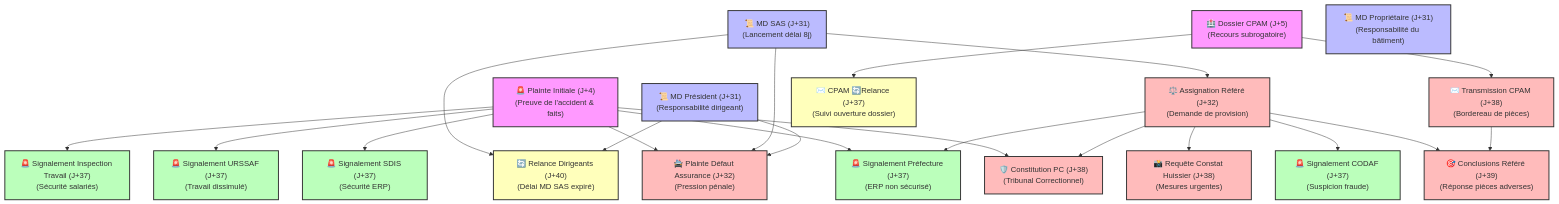
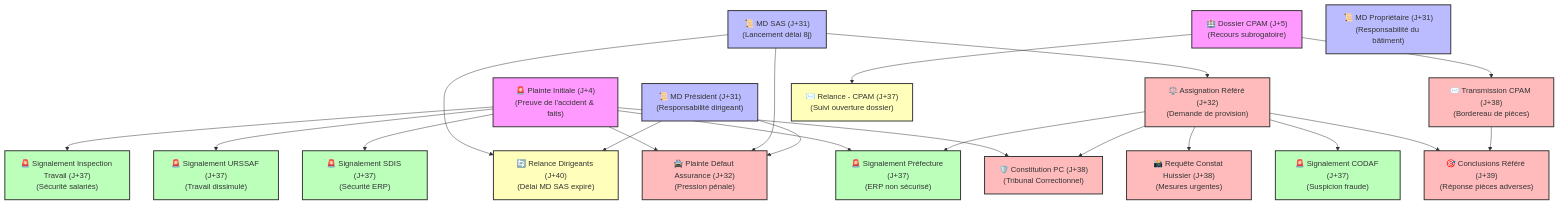
Before and after one commit to criloOcom/accident-main: the diagram in 🧠 Memory/DEPENDANCES.md, drawn with Mermaid. The commit also changed other lines of this file and 713 other files, not shown here.

````diff
--- a/🧠 Memory/DEPENDANCES.md
+++ b/🧠 Memory/DEPENDANCES.md
@@ -17,71 +17,71 @@
 ```mermaid
 graph TD
     %% Couleurs et styles
     classDef init fill:#f9f,stroke:#333,stroke-width:2px;
     classDef md fill:#bbf,stroke:#333,stroke-width:2px;
     classDef contentieux fill:#fbb,stroke:#333,stroke-width:2px;
     classDef signalement fill:#bfb,stroke:#333,stroke-width:2px;
     classDef relance fill:#ffb,stroke:#333,stroke-width:2px;
 
     %% Nœuds initiaux (Sources de preuves de base)
     P1["🚨 Plainte Initiale (J+4)<br>(Preuve de l'accident & faits)"]:::init
     CPAM["🏥 Dossier CPAM (J+5)<br>(Recours subrogatoire)"]:::init
 
     %% Phase J+31 (Mises en demeure pré-contentieuses)
     MD_SAS["📜 MD SAS (J+31)<br>(Lancement délai 8j)"]:::md
     MD_PRES["📜 MD Président (J+31)<br>(Responsabilité dirigeant)"]:::md
     MD_PROP["📜 MD Propriétaire (J+31)<br>(Responsabilité du bâtiment)"]:::md
 
     %% Phase J+32 (Contentieux et Plaintes RC)
     ASS_REF["⚖️ Assignation Référé (J+32)<br>(Demande de provision)"]:::contentieux
     PL_DEF["🚔 Plainte Défaut Assurance (J+32)<br>(Pression pénale)"]:::contentieux
 
     %% Phase J+37 / J+38 (Signalements & Recours)
     SIG_PREF["🚨 Signalement Préfecture (J+37)<br>(ERP non sécurisé)"]:::signalement
     SIG_CODAF["🚨 Signalement CODAF (J+37)<br>(Suspicion fraude)"]:::signalement
     SIG_URSSAF["🚨 Signalement URSSAF (J+37)<br>(Travail dissimulé)"]:::signalement
     SIG_SDIS["🚨 Signalement SDIS (J+37)<br>(Sécurité ERP)"]:::signalement
     SIG_IT["🚨 Signalement Inspection Travail (J+37)<br>(Sécurité salariés)"]:::signalement
     
     TR_CPAM["✉️ Transmission CPAM (J+38)<br>(Bordereau de pièces)"]:::contentieux
     CPC_PC["🛡️ Constitution PC (J+38)<br>(Tribunal Correctionnel)"]:::contentieux
     CONST_H["📸 Requête Constat Huissier (J+38)<br>(Mesures urgentes)"]:::contentieux
 
     %% Phase J+39 / J+40 (Conclusions et Relances)
     CONC_REF["🎯 Conclusions Référé (J+39)<br>(Réponse pièces adverses)"]:::contentieux
     REL_DIR["🔄 Relance Dirigeants (J+40)<br>(Délai MD SAS expiré)"]:::relance
-    REL_CPAM["✉️ CPAM 🔄Relance (J+37)<br>(Suivi ouverture dossier)"]:::relance
+    REL_CPAM["✉️ Relance - CPAM (J+37)<br>(Suivi ouverture dossier)"]:::relance
 
     %% ──────────────────────────────────────────────────────────
     %% Dépendances logiques (Liens)
     %% ──────────────────────────────────────────────────────────
 
     %% La plainte J+4 est nécessaire pour prouver les infractions de base
     P1 --> PL_DEF
     P1 --> CPC_PC
     P1 --> SIG_PREF
     P1 --> SIG_SDIS
     P1 --> SIG_URSSAF
     P1 --> SIG_IT
 
     %% Le dossier CPAM doit être ouvert pour y transmettre des pièces ou le relancer
     CPAM --> TR_CPAM
     CPAM --> REL_CPAM
 
     %% Les mises en demeure J+31 lancent le délai légal
     MD_SAS --> ASS_REF
     MD_SAS --> PL_DEF
     MD_SAS --> REL_DIR
     MD_PRES --> PL_DEF
     MD_PRES --> REL_DIR
 
     %% L'assignation en référé J+32 prouve l'existence du litige civil
     ASS_REF --> CONC_REF
     ASS_REF --> CPC_PC
     ASS_REF --> SIG_PREF
     ASS_REF --> SIG_CODAF
     ASS_REF --> CONST_H
 
     %% La transmission CPAM permet de consolider les demandes en référé
     TR_CPAM --> CONC_REF
 ```
````
